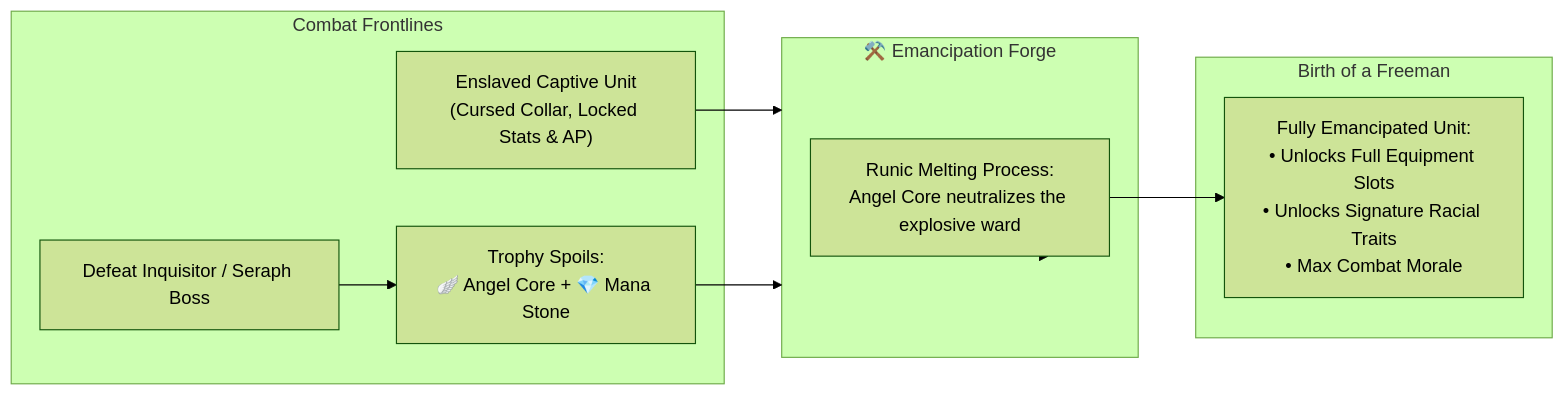
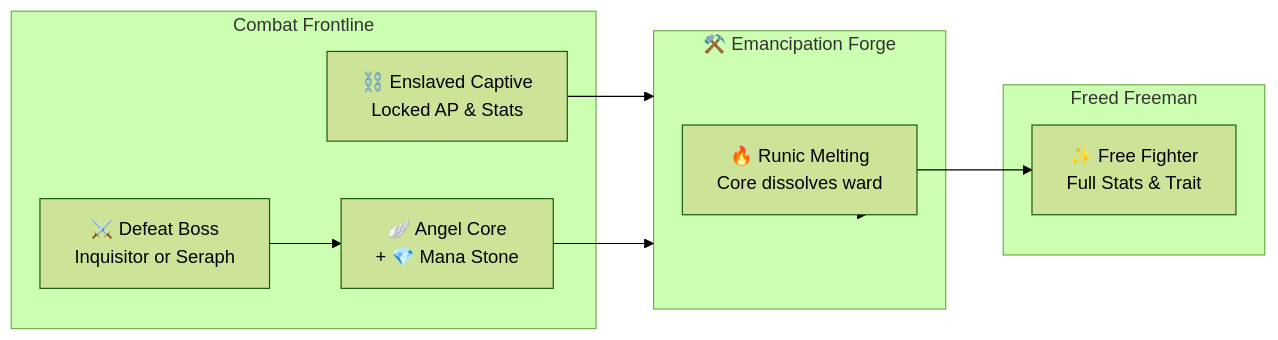
Before and after one commit to NealversePrime/ElementalHexTactics3D: the fourth of 5 diagrams in wiki/07-Broad-Races-and-Factions.md, drawn with Mermaid (forest theme). The commit also changed other lines of this file and 2 other files, not shown here.

Commit message:
fix(wiki): optimize Mermaid diagram layouts to prevent text clipping on GitHub

````diff
--- a/wiki/07-Broad-Races-and-Factions.md
+++ b/wiki/07-Broad-Races-and-Factions.md
@@ -290,20 +289,20 @@
 ```mermaid
 flowchart LR
-    subgraph Battlefront["Combat Frontlines"]
-        SlaveUnit["Enslaved Captive Unit\n(Cursed Collar, Locked Stats & AP)"]
-        BossFight["Defeat Inquisitor / Seraph Boss"]
-        DropCore["Trophy Spoils:\n🪽 Angel Core + 💎 Mana Stone"]
+    subgraph Battlefront["Combat Frontline"]
+        Slave["⛓️ Enslaved Captive<br/>Locked AP & Stats"]
+        Boss["⚔️ Defeat Boss<br/>Inquisitor or Seraph"]
+        Spoils["🪽 Angel Core<br/>+ 💎 Mana Stone"]
     end
 
-    subgraph EmancipationForge["⚒️ Emancipation Forge"]
-        Ritual["Runic Melting Process:\nAngel Core neutralizes the explosive ward"]
+    subgraph Forge["⚒️ Emancipation Forge"]
+        Melt["🔥 Runic Melting<br/>Core dissolves ward"]
     end
 
-    subgraph Emancipated["Birth of a Freeman"]
-        FreeUnit["Fully Emancipated Unit:\n• Unlocks Full Equipment Slots\n• Unlocks Signature Racial Traits\n• Max Combat Morale"]
+    subgraph Free["Freed Freeman"]
+        Hero["✨ Free Fighter<br/>Full Stats & Trait"]
     end
 
-    SlaveUnit --> EmancipationForge
-    BossFight --> DropCore --> EmancipationForge
-    EmancipationForge --> Ritual --> FreeUnit
+    Slave --> Forge
+    Boss --> Spoils --> Forge
+    Forge --> Melt --> Hero
 ```
````
